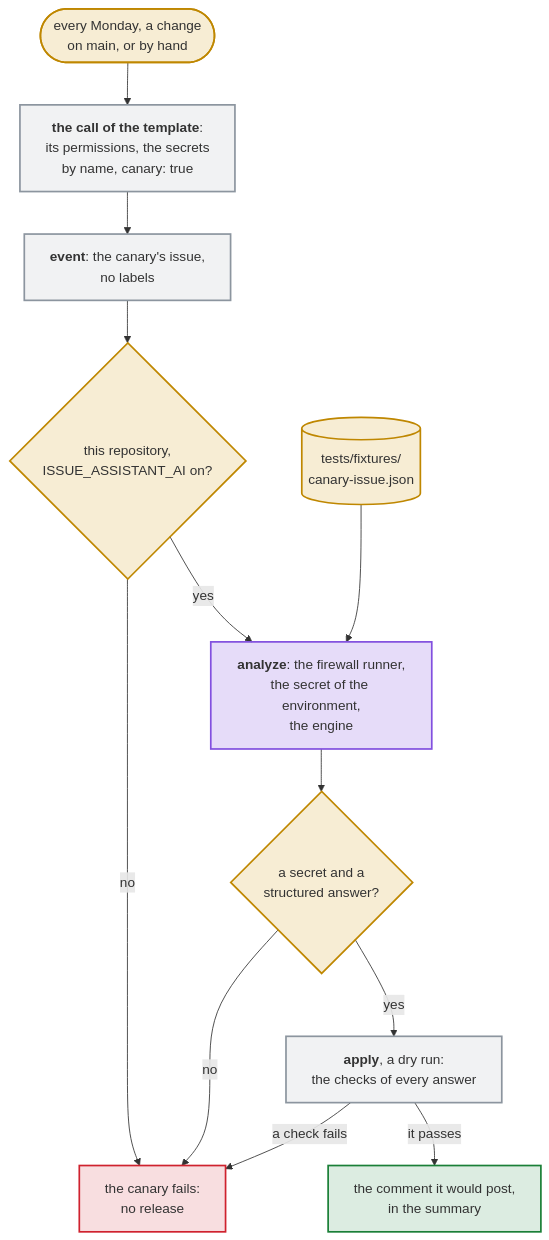
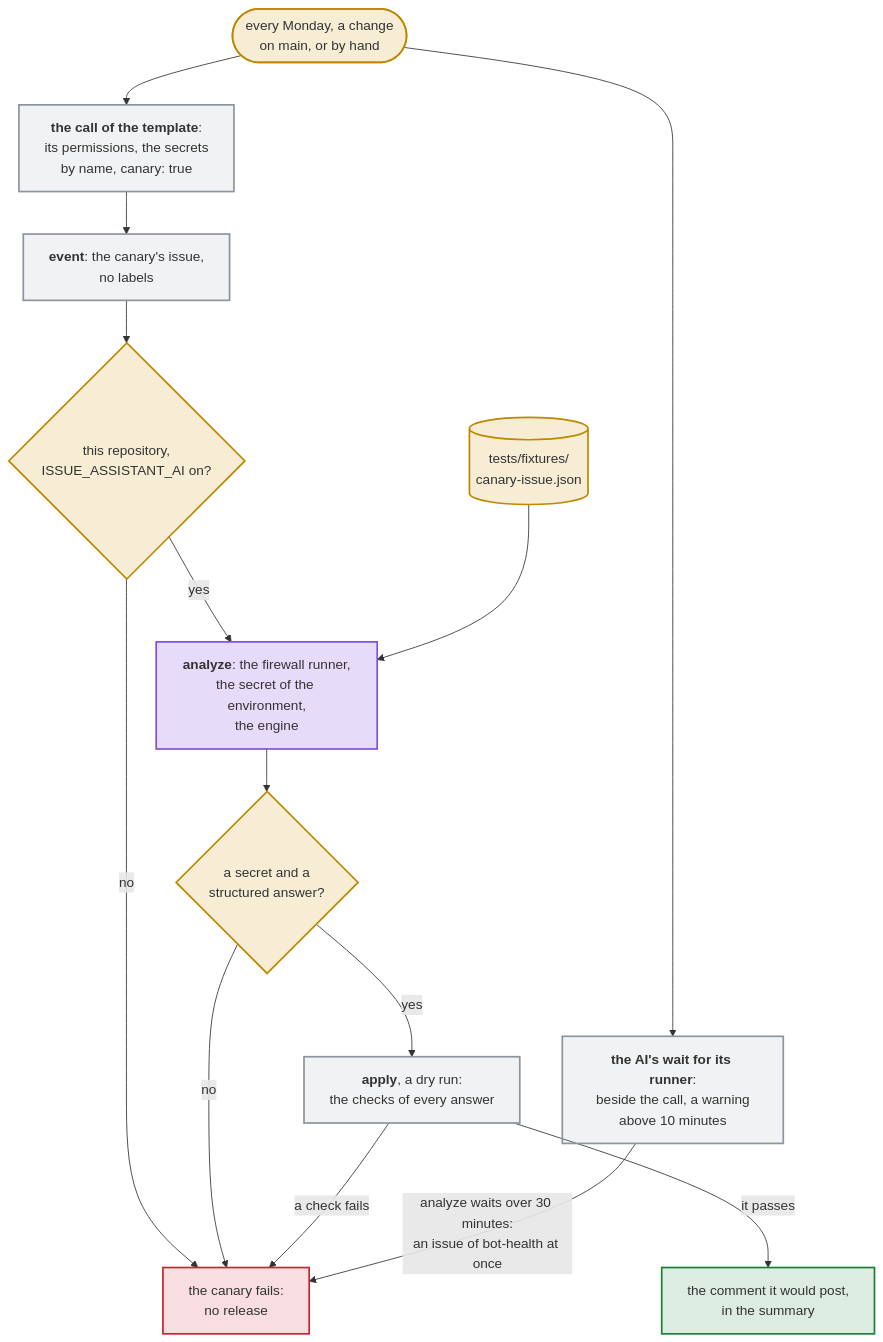
One commit to Dennis-Otto/issue-assistant changed the diagram in docs/diagrams/how-the-canary-runs-the-path-of-an-issue-through-the-ai.mmd. Above: the diagram before and after it, drawn with Mermaid. The commit also changed 26 other files, not shown here.

First line of the commit message:
feat: let a repository choose the AI's runner and notice a firewall runner that never starts (#189)

```diff
--- a/docs/diagrams/how-the-canary-runs-the-path-of-an-issue-through-the-ai.mmd
+++ b/docs/diagrams/how-the-canary-runs-the-path-of-an-issue-through-the-ai.mmd
@@ -1,24 +1,26 @@
 flowchart TB
   accTitle: How the Canary runs the path of an issue through the AI
-  accDescr: The Canary starts every Monday, after a change on main of the script, the prompts, the action, the reusable workflow, the firewall policy, the settings or the canary's issue, and by hand. It calls the reusable workflow as every repository does, with the permissions of the template, the engine's secrets passed by name and the input canary. Its job event takes the canary's issue and sets no labels; outside this repository, or when the called workflow doesn't see the variable ISSUE_ASSISTANT_AI set to on, the canary fails. Its job analyze runs on the firewall runner with the engine's secret of the environment issue-assistant, context reads the issue of tests/fixtures/canary-issue.json instead of one on GitHub, and the engine answers with JSON. Without the secret or without an answer, the canary fails. Its job apply checks the answer as for a real issue, as a dry run: an answer that breaks a check fails the canary, and one that passes shows the comment it would post in the summary.
+  accDescr: The Canary starts every Monday, after a change on main of the script, the prompts, the action, the reusable workflow, the firewall policy, the settings or the canary's issue, and by hand. It calls the reusable workflow as every repository does, with the permissions of the template, the engine's secrets passed by name and the input canary. Its job event takes the canary's issue and sets no labels; outside this repository, or when the called workflow doesn't see the variable ISSUE_ASSISTANT_AI set to on, the canary fails. Its job analyze runs on the firewall runner with the engine's secret of the environment issue-assistant, context reads the issue of tests/fixtures/canary-issue.json instead of one on GitHub, and the engine answers with JSON. Without the secret or without an answer, the canary fails. Its job apply checks the answer as for a real issue, as a dry run: an answer that breaks a check fails the canary, and one that passes shows the comment it would post in the summary. Beside the call, its job the AI's wait for its runner reads the jobs of the run until analyze starts: it warns when analyze waited for more than 10 minutes, and when it waits for more than 30, the canary fails and opens the issue of the bot-health bot at once.
   start(["every Monday, a change<br>on main, or by hand"]) --> caller
   caller["`**the call of the template**:<br>its permissions, the secrets<br>by name, canary: true`"] --> event
   event["`**event**: the canary's issue,<br>no labels`"] --> seen{"this repository,<br>ISSUE_ASSISTANT_AI on?"}
   seen -- "no" --> red["the canary fails:<br>no release"]
   seen -- "yes" --> analyze
   fixture[("tests/fixtures/<br>canary-issue.json")] --> analyze
   analyze["`**analyze**: the firewall runner,<br>the secret of the environment,<br>the engine`"] --> answered{"a secret and a<br>structured answer?"}
   answered -- "no" --> red
   answered -- "yes" --> apply["`**apply**, a dry run:<br>the checks of every answer`"]
   apply -- "a check fails" --> red
   apply -- "it passes" --> green["the comment it would post,<br>in the summary"]
+  start --> queue["`**the AI's wait for its runner**:<br>beside the call, a warning<br>above 10 minutes`"]
+  queue -- "analyze waits over 30 minutes:<br>an issue of bot-health at once" --> red
   classDef trigger fill:#d4a72c33,stroke:#bf8700,stroke-width:2px
   classDef ai fill:#8250df33,stroke:#8250df,stroke-width:2px
   classDef job fill:#8c959f1f,stroke:#8c959f,stroke-width:2px
   classDef safe fill:#1a7f3726,stroke:#1a7f37,stroke-width:2px
   classDef untrusted fill:#cf222e26,stroke:#cf222e,stroke-width:2px
   class start,fixture,seen,answered trigger
   class analyze ai
-  class caller,event,apply job
+  class caller,event,apply,queue job
   class green safe
   class red untrusted
```
